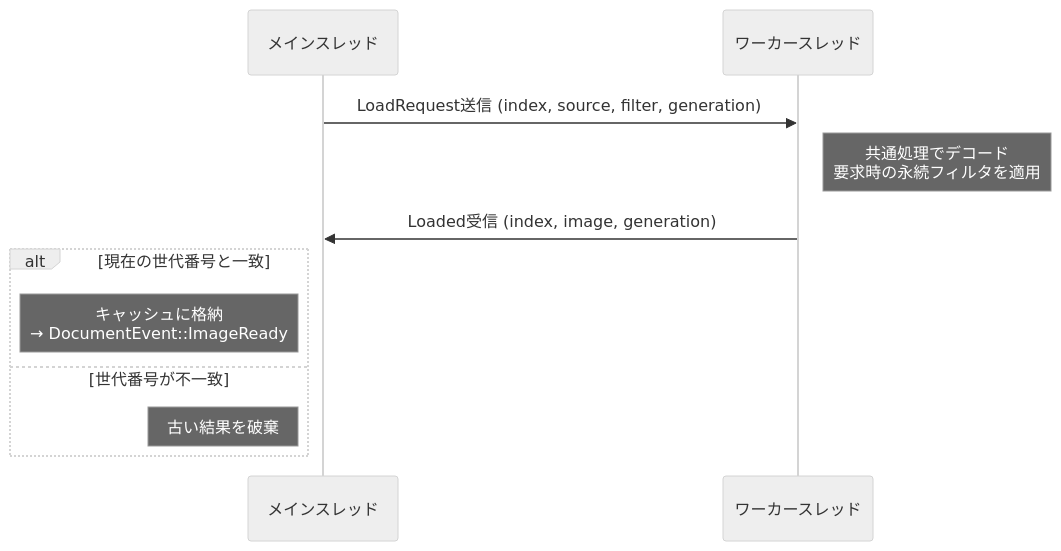
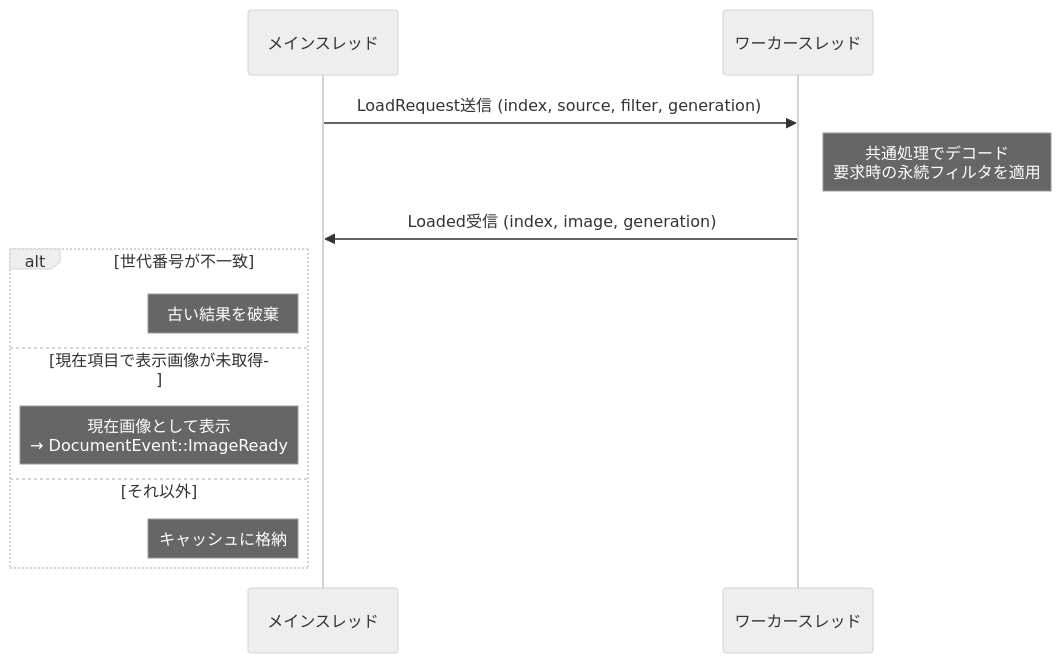
The third of 3 diagrams in docs/development/architecture.md (ak110/gv), drawn with Mermaid (neutral theme) before and after one commit. The commit also changed other lines of this file and 11 other files, not shown here.

````diff
--- a/docs/development/architecture.md
+++ b/docs/development/architecture.md
@@ -126,14 +126,16 @@
 ```mermaid
 sequenceDiagram
     participant M as メインスレッド
     participant W as ワーカースレッド
 
     M->>W: LoadRequest送信 (index, source, filter, generation)
     Note right of W: 共通処理でデコード<br/>要求時の永続フィルタを適用
     W->>M: Loaded受信 (index, image, generation)
-    alt 現在の世代番号と一致
-        Note left of M: キャッシュに格納<br/>→ DocumentEvent::ImageReady
-    else 世代番号が不一致
+    alt 世代番号が不一致
         Note left of M: 古い結果を破棄
+    else 現在項目で表示画像が未取得
+        Note left of M: 現在画像として表示<br/>→ DocumentEvent::ImageReady
+    else それ以外
+        Note left of M: キャッシュに格納
     end
 ```
````
